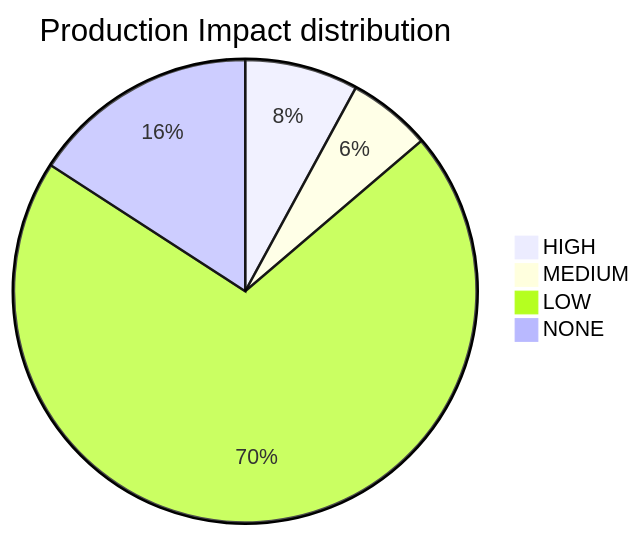
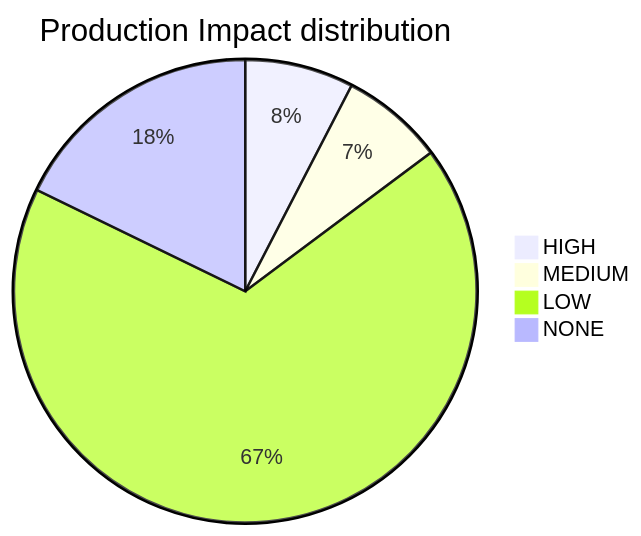
The diagram in PLATFORM_HEALTH.md (mikeybeezy/goldenpath-idp-infra), drawn with Mermaid before and after one commit. The commit also changed other lines of this file and 23 other files, not shown here.

````diff
--- a/PLATFORM_HEALTH.md
+++ b/PLATFORM_HEALTH.md
@@ -71,7 +81,7 @@
 ```mermaid
 pie title Production Impact distribution
-    "HIGH" : 53
-    "MEDIUM" : 39
-    "LOW" : 471
-    "NONE" : 106
+    "HIGH" : 58
+    "MEDIUM" : 55
+    "LOW" : 515
+    "NONE" : 136
 ```
````
